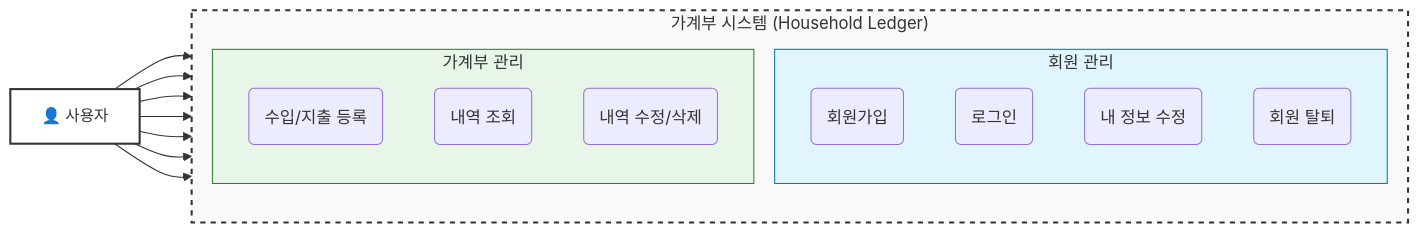
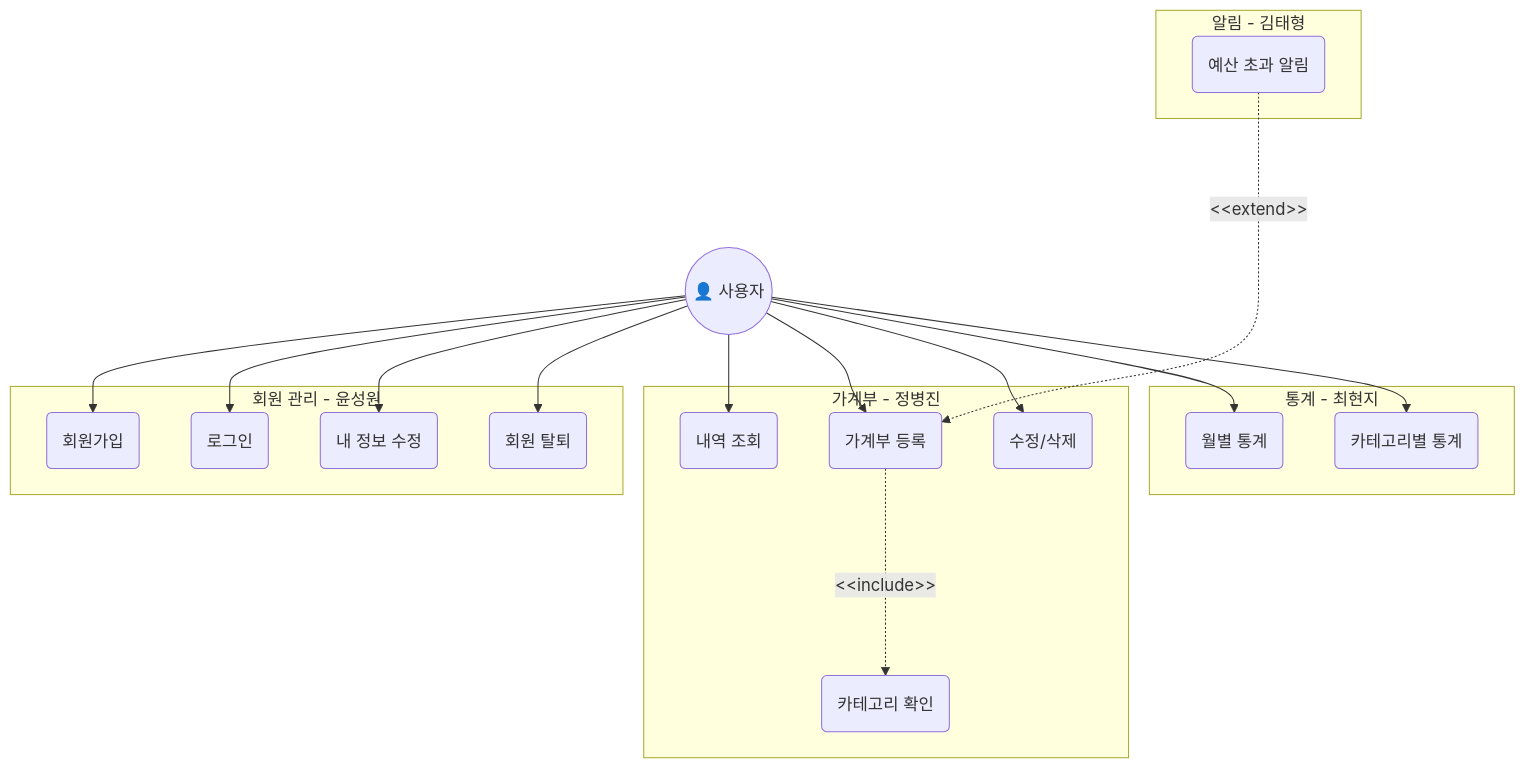
One commit to wjdqudwls/team2 changed the first of 2 diagrams in README.md. Above: the diagram before and after it, drawn with Mermaid. The commit also changed other lines of this file, not shown here.

Commit message:
README 수정

````diff
--- a/README.md
+++ b/README.md
@@ -60,38 +60,43 @@
 ```mermaid
-graph LR
-    %% 사용자 Actor (Box 외부에 위치)
-    U[👤 사용자]
+graph TD
+    User((👤 사용자))
 
-    %% 시스템 경계 (System Boundary)
-    subgraph System ["가계부 시스템 (Household Ledger)"]
-        direction TB
-        
-        subgraph Member [회원 관리]
-        UC1(회원가입)
-        UC2(로그인)
-        UC3(내 정보 수정)
-        UC4(회원 탈퇴)
-        end
-
-        subgraph Ledger [가계부 관리]
-        UC5(수입/지출 등록)
-        UC6(내역 조회)
-        UC7(내역 수정/삭제)
-        end
+    subgraph Member [회원 관리 - 윤성원]
+        Join(회원가입)
+        Login(로그인)
+        Update(내 정보 수정)
+        Withdraw(회원 탈퇴)
     end
 
-    %% 관계 연결
-    U --> UC1
-    U --> UC2
-    U --> UC3
-    U --> UC4
-    U --> UC5
-    U --> UC6
-    U --> UC7
-    
-    %% 스타일링
-    style U fill:#fff,stroke:#333,stroke-width:2px,font-size:15px
-    style System fill:#f9f9f9,stroke:#333,stroke-width:2px,stroke-dasharray: 5 5
-    style Member fill:#e1f5fe,stroke:#0277bd
-    style Ledger fill:#e8f5e9,stroke:#2e7d32
+    subgraph Ledger [가계부 - 정병진]
+        List(내역 조회)
+        Write(가계부 등록)
+        Edit(수정/삭제)
+        CheckCat(카테고리 확인)
+    end
+
+    subgraph Stats [통계 - 최현지]
+        MonthStats(월별 통계)
+        CatStats(카테고리별 통계)
+    end
+
+    subgraph Notice [알림 - 김태형]
+        Alert(예산 초과 알림)
+    end
+
+    %% 사용자 액션
+    User --> Join
+    User --> Login
+    User --> Update
+    User --> Withdraw
+    User --> List
+    User --> Write
+    User --> Edit
+    User --> MonthStats
+    User --> CatStats
+
+    %% 관계 정의 (Include & Extend)
+    Write -...->|&lt;&lt;include&gt;&gt;| CheckCat
+    Alert -...->|&lt;&lt;extend&gt;&gt;| Write
+    %% 설명: 가계부 등록 시 '카테고리 확인'은 필수(include), '예산 초과 알림'은 조건부 실행(extend)
 ```
````
